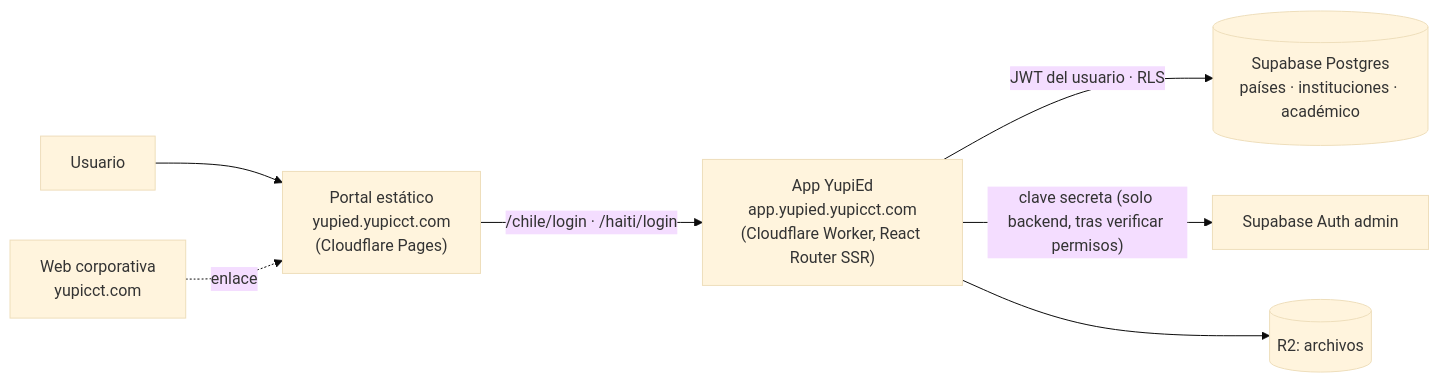
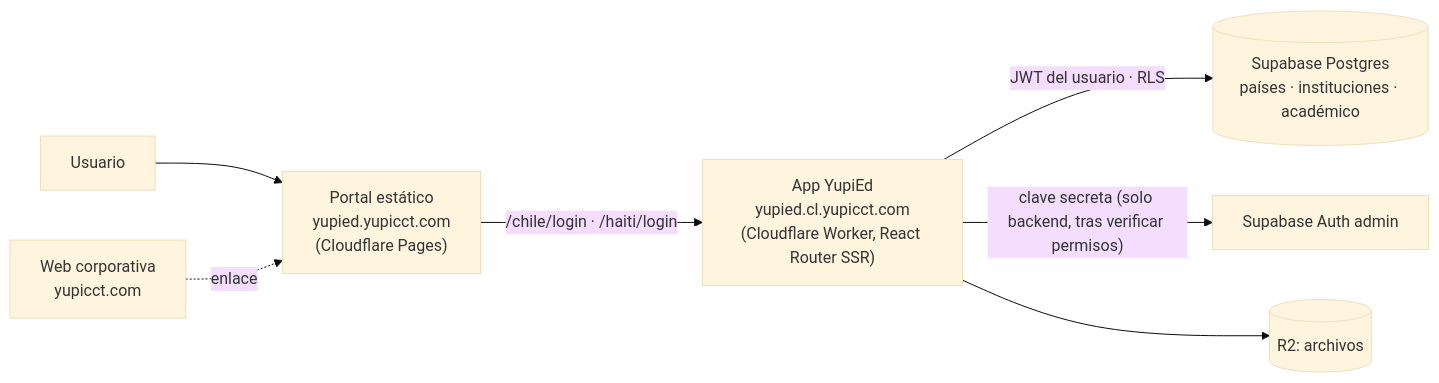
The first of 3 diagrams in docs/ARQUITECTURA_INTERNACIONAL.md (yupiicct-cmyk/yupied-aula), drawn with Mermaid (base theme) before and after one commit. The commit also changed 10 other files, not shown here.

First line of the commit message:
Subdominios: Haití en yupied.ht.yupicct.com, Chile en yupied.cl.yupicct.com; portal con enlaces por país

````diff
--- a/docs/ARQUITECTURA_INTERNACIONAL.md
+++ b/docs/ARQUITECTURA_INTERNACIONAL.md
@@ -7,9 +7,9 @@
 ```mermaid
 flowchart LR
   U[Usuario] --> P["Portal estático<br/>yupied.yupicct.com<br/>(Cloudflare Pages)"]
-  P -- "/chile/login · /haiti/login" --> W["App YupiEd<br/>app.yupied.yupicct.com<br/>(Cloudflare Worker, React Router SSR)"]
+  P -- "/chile/login · /haiti/login" --> W["App YupiEd<br/>yupied.cl.yupicct.com<br/>(Cloudflare Worker, React Router SSR)"]
   W -- "JWT del usuario · RLS" --> DB[("Supabase Postgres<br/>países · instituciones · académico")]
   W -- "clave secreta (solo backend, tras verificar permisos)" --> AUTH[Supabase Auth admin]
   W --> R2[("R2: archivos")]
   C["Web corporativa<br/>yupicct.com"] -. enlace .-> P
 ```
````
